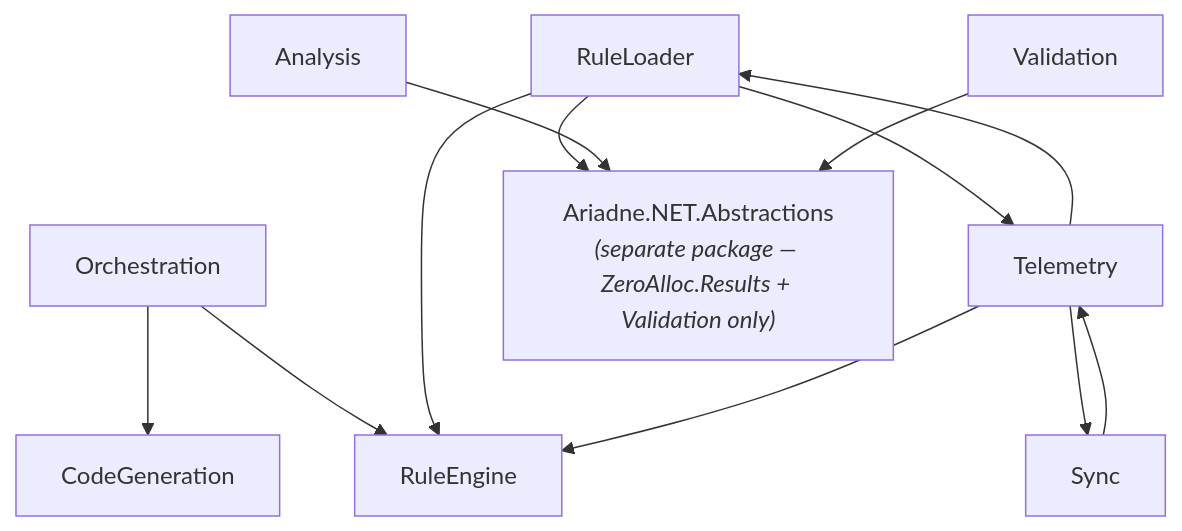
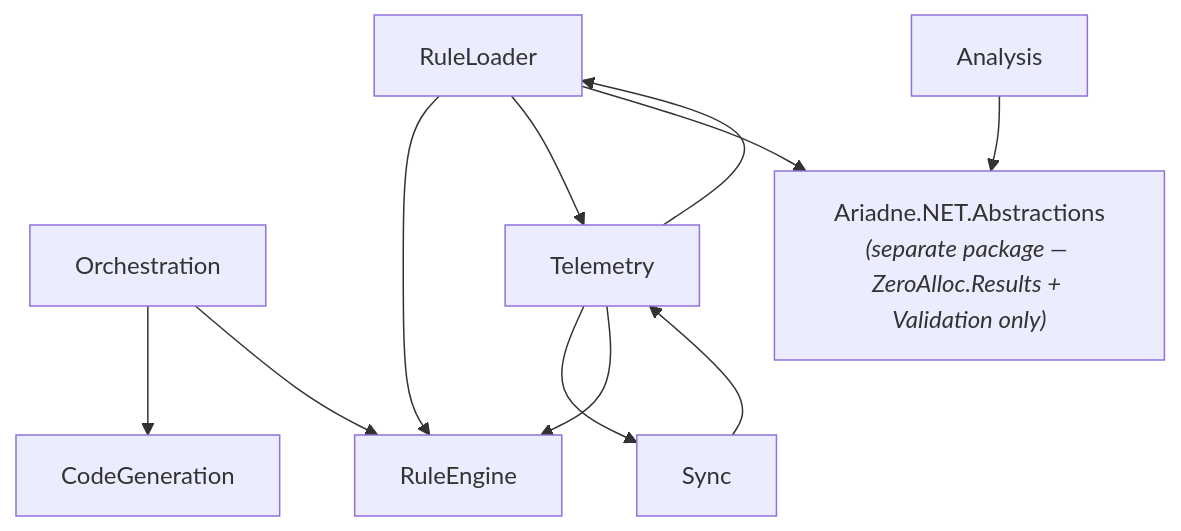
The fourth of 4 diagrams in docs-site/docs/how-it-works/02-architecture.md (MarcelRoozekrans/Ariadne.NET), drawn with Mermaid before and after one commit. The commit also changed other lines of this file and 173 other files, not shown here.

First line of the commit message:
feat!: rule schema v2 with selectors, forbid and allowOnly rules (#35)

````diff
--- a/docs-site/docs/how-it-works/02-architecture.md
+++ b/docs-site/docs/how-it-works/02-architecture.md
@@ -75,14 +74,13 @@
 ```mermaid
 graph TD
     Orchestration --> CodeGeneration
     Orchestration --> RuleEngine
     RuleLoader --> RuleEngine
     RuleLoader --> Telemetry
     Sync --> Telemetry
     Telemetry --> RuleLoader
     Telemetry --> Sync
     Telemetry --> RuleEngine
     RuleLoader --> Abstractions["Ariadne.NET.Abstractions<br/><i>(separate package — ZeroAlloc.Results + Validation only)</i>"]
     Analysis --> Abstractions
-    Validation --> Abstractions
 ```
````
